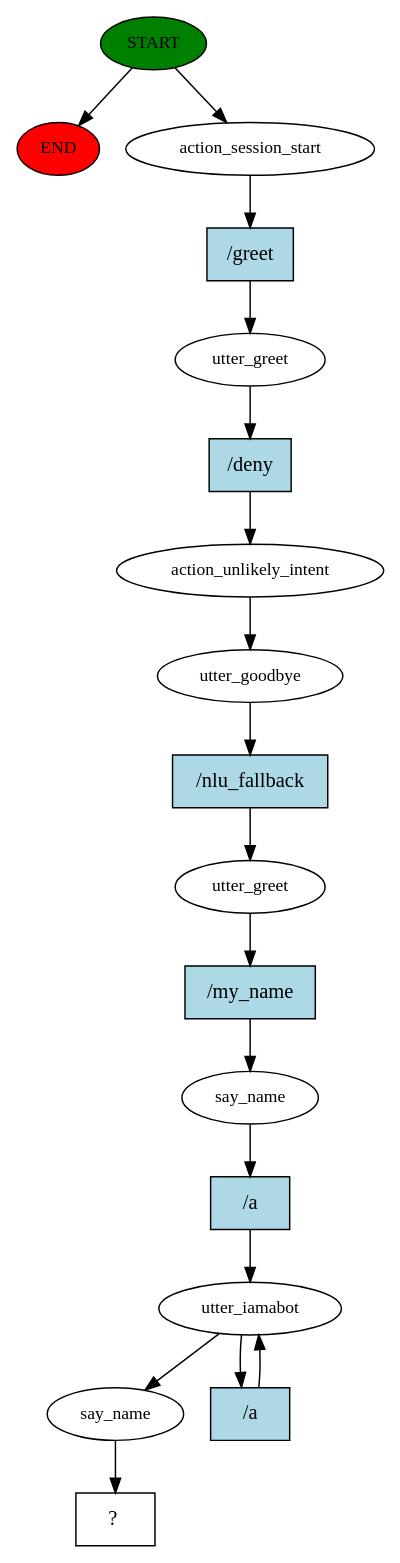
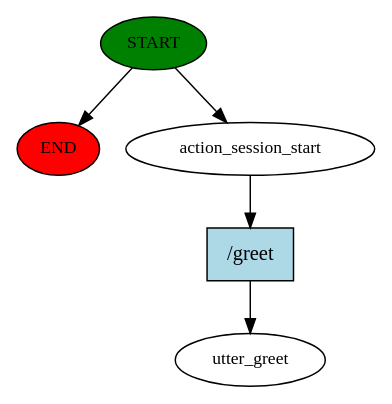
One commit to Buddhima-JD3/Salesmanbot changed the diagram in chatbot/story_graph.dot. Above: the diagram before and after it, drawn with Graphviz. The commit also changed 6 other files, not shown here.

```diff
--- a/chatbot/story_graph.dot
+++ b/chatbot/story_graph.dot
@@ -1,36 +1,11 @@
 digraph  {
 0 [class="start active", fillcolor=green, fontsize=12, label=START, style=filled];
 "-1" [class=end, fillcolor=red, fontsize=12, label=END, style=filled];
 1 [class=active, fontsize=12, label=action_session_start];
-2 [class=active, fontsize=12, label=utter_greet];
-3 [class=active, fontsize=12, label=action_unlikely_intent];
-4 [class=active, fontsize=12, label=utter_goodbye];
-5 [class=active, fontsize=12, label=utter_greet];
-6 [class=active, fontsize=12, label=say_name];
-7 [class=active, fontsize=12, label=utter_iamabot];
-9 [class=active, fontsize=12, label=say_name];
-10 [class="intent dashed active", label="  ?  ", shape=rect];
-11 [class="intent active", fillcolor=lightblue, label="/greet", shape=rect, style=filled];
-12 [class="intent active", fillcolor=lightblue, label="/deny", shape=rect, style=filled];
-13 [class="intent active", fillcolor=lightblue, label="/nlu_fallback", shape=rect, style=filled];
-14 [class="intent active", fillcolor=lightblue, label="/my_name", shape=rect, style=filled];
-15 [class="intent active", fillcolor=lightblue, label="/a", shape=rect, style=filled];
-16 [class="intent active", fillcolor=lightblue, label="/a", shape=rect, style=filled];
+2 [class="dashed active", fontsize=12, label=utter_greet];
+3 [class="intent active", fillcolor=lightblue, label="/greet", shape=rect, style=filled];
 0 -> "-1"  [class="", key=NONE, label=""];
 0 -> 1  [class=active, key=NONE, label=""];
-1 -> 11  [class=active, key=0];
-2 -> 12  [class=active, key=0];
-3 -> 4  [class=active, key=NONE, label=""];
-4 -> 13  [class=active, key=0];
-5 -> 14  [class=active, key=0];
-6 -> 15  [class=active, key=0];
-7 -> 9  [class=active, key=NONE, label=""];
-7 -> 16  [class=active, key=0];
-9 -> 10  [class=active, key=NONE, label=""];
-11 -> 2  [class=active, key=0];
-12 -> 3  [class=active, key=0];
-13 -> 5  [class=active, key=0];
-14 -> 6  [class=active, key=0];
-15 -> 7  [class=active, key=0];
-16 -> 7  [class=active, key=0];
+1 -> 3  [class=active, key=0];
+3 -> 2  [class=active, key=0];
 }
```
